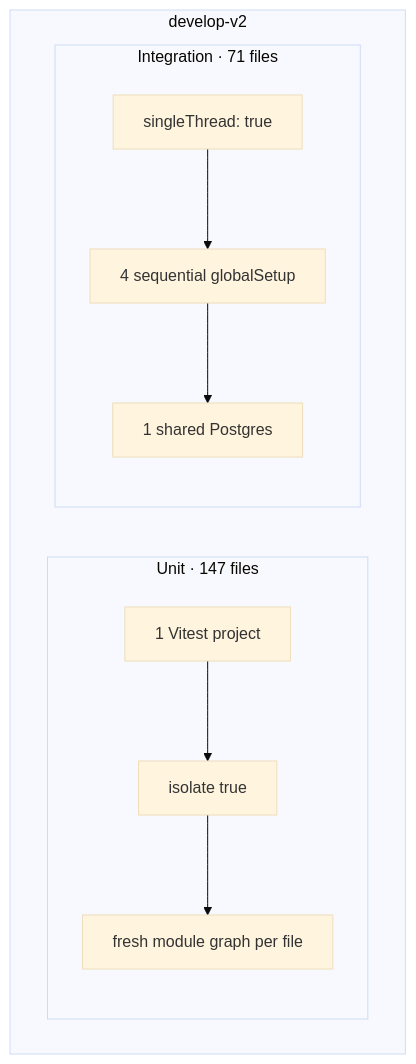
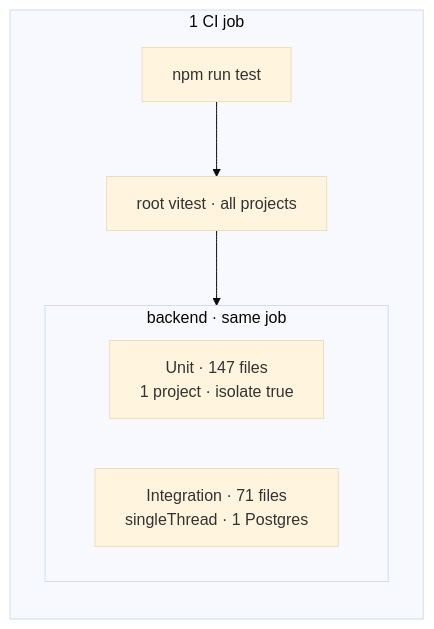
One commit to opengovsg/plumber changed the first of 2 diagrams in docs/blog-speeding-up-vitest-tests.md. Above: the diagram before and after it, drawn with Mermaid (base theme). The commit also changed other lines of this file, not shown here.

Commit message:
docs: show develop-v2 as 1 CI job vs 2 parallel turbo jobs after
Before diagram: npm run test in single job with backend unit+integration.
After diagram: turbo test:unit and test:integration in parallel CI jobs.

````diff
--- a/docs/blog-speeding-up-vitest-tests.md
+++ b/docs/blog-speeding-up-vitest-tests.md
@@ -50,22 +50,16 @@
 ```mermaid
 flowchart TB
-  subgraph before ["develop-v2"]
-    direction LR
+  subgraph ci ["1 CI job"]
+    direction TB
+    RUN["npm run test"]
+    ROOT["root vitest · all projects"]
 
-    subgraph unit ["Unit · 147 files"]
-      direction TB
-      U1["1 Vitest project"]
-      U2["isolate true"]
-      U3["fresh module graph per file"]
-      U1 --> U2 --> U3
+    subgraph backend ["backend · same job"]
+      direction LR
+      U["Unit · 147 files\n1 project · isolate true"]
+      I["Integration · 71 files\nsingleThread · 1 Postgres"]
     end
 
-    subgraph int ["Integration · 71 files"]
-      direction TB
-      I1["singleThread: true"]
-      I2["4 sequential globalSetup"]
-      I3["1 shared Postgres"]
-      I1 --> I2 --> I3
-    end
+    RUN --> ROOT --> backend
   end
 ```
````
